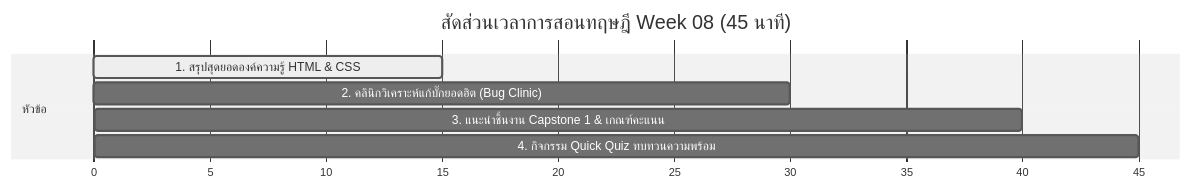
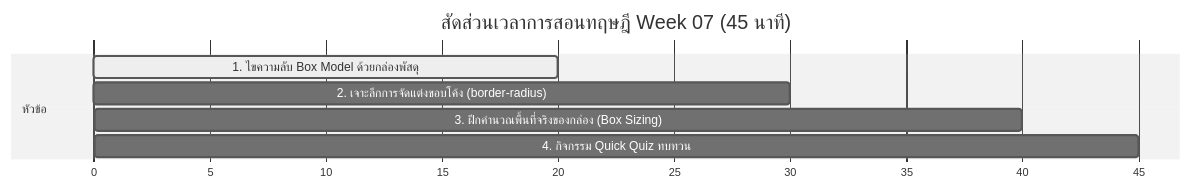
One commit to jirawat9ball/Website_lesson_plan changed the diagram in Week 08/Teacher/README.md. Above: the diagram before and after it, drawn with Mermaid (neutral theme). The commit also changed other lines of this file and 68 other files, not shown here.

````diff
--- a/Week 08/Teacher/README.md
+++ b/Week 08/Teacher/README.md
@@ -8,11 +8,11 @@
 ```mermaid
 gantt
-    title สัดส่วนเวลาการสอนทฤษฎี Week 08 (45 นาที)
+    title สัดส่วนเวลาการสอนทฤษฎี Week 07 (45 นาที)
     dateFormat  X
     axisFormat %s
     section หัวข้อ
-    1. สรุปสุดยอดองค์ความรู้ HTML & CSS : active, 0, 15
-    2. คลินิกวิเคราะห์แก้บั๊กยอดฮิต (Bug Clinic) : 15, 30
-    3. แนะนำชิ้นงาน Capstone 1 & เกณฑ์คะแนน : 30, 40
-    4. กิจกรรม Quick Quiz ทบทวนความพร้อม : 40, 45
+    1. ไขความลับ Box Model ด้วยกล่องพัสดุ : active, 0, 20
+    2. เจาะลึกการจัดแต่งขอบโค้ง (border-radius) : 20, 30
+    3. ฝึกคำนวณพื้นที่จริงของกล่อง (Box Sizing) : 30, 40
+    4. กิจกรรม Quick Quiz ทบทวน : 40, 45
 ```
````
